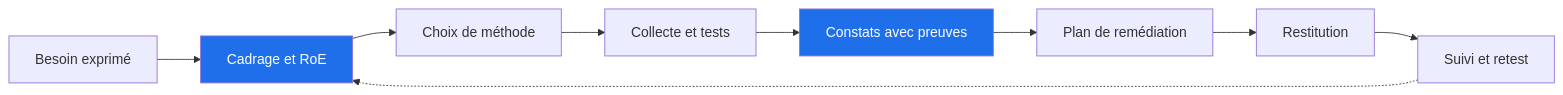
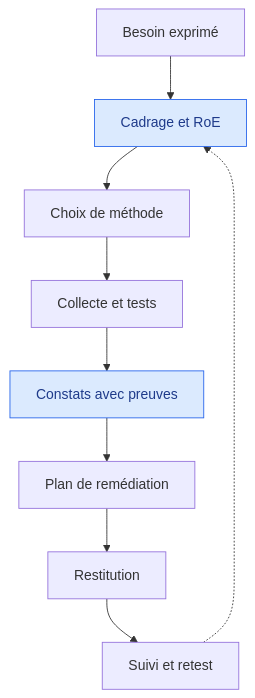
The first of 2 diagrams in courses/reseaux-cybersecurite/39_mission_projet_professionnel.md (Gooseppr/GevOps_LC), drawn with Mermaid before and after one commit. The commit also changed other lines of this file and 56 other files, not shown here.

````diff
--- a/courses/reseaux-cybersecurite/39_mission_projet_professionnel.md
+++ b/courses/reseaux-cybersecurite/39_mission_projet_professionnel.md
@@ -51,13 +51,13 @@
 ```mermaid
-flowchart LR
+flowchart TD
     A[Besoin exprimé] --> B[Cadrage et RoE]
     B --> C[Choix de méthode]
     C --> D[Collecte et tests]
     D --> E[Constats avec preuves]
     E --> F[Plan de remédiation]
     F --> G[Restitution]
     G --> H[Suivi et retest]
     H -.-> B
-    style B fill:#1f6feb,color:#fff
-    style E fill:#1f6feb,color:#fff
+    style B fill:#dbeafe,stroke:#2563eb,color:#1e3a8a
+    style E fill:#dbeafe,stroke:#2563eb,color:#1e3a8a
 ```
````
